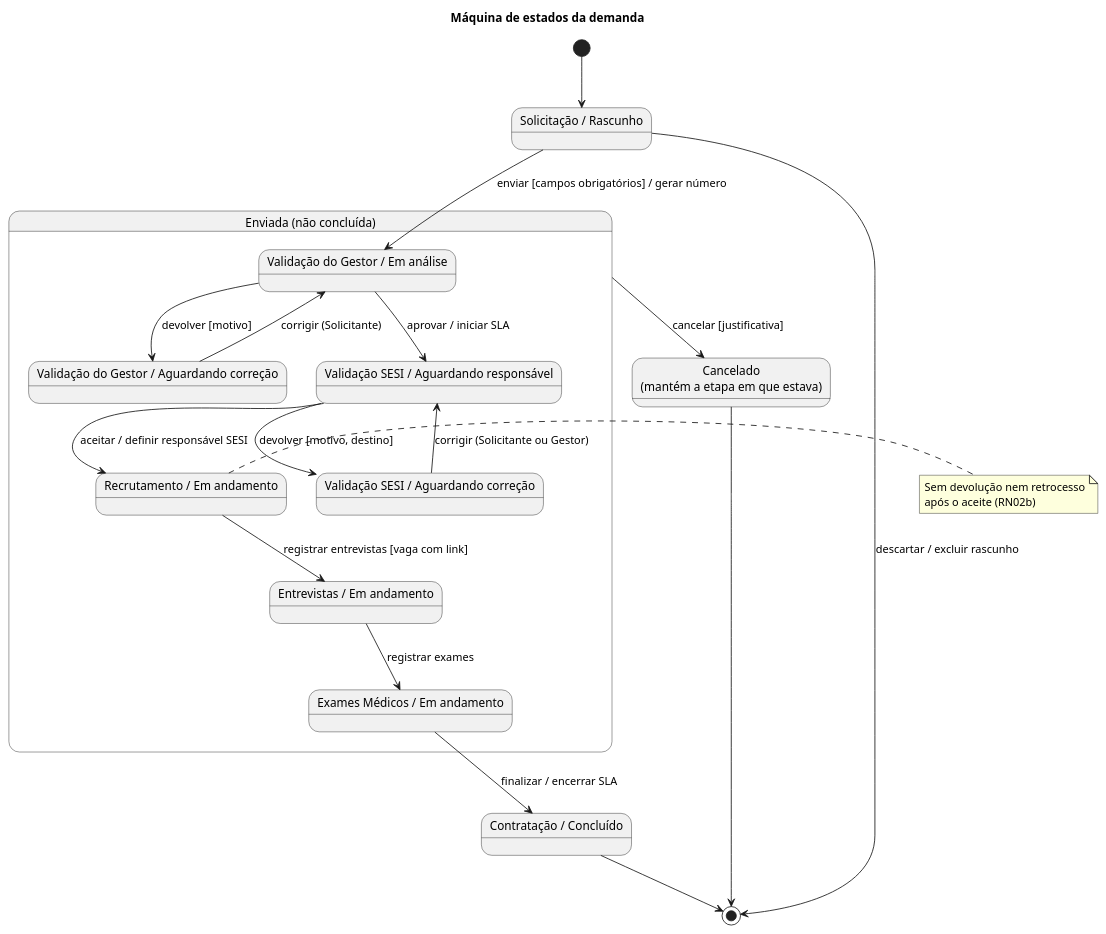
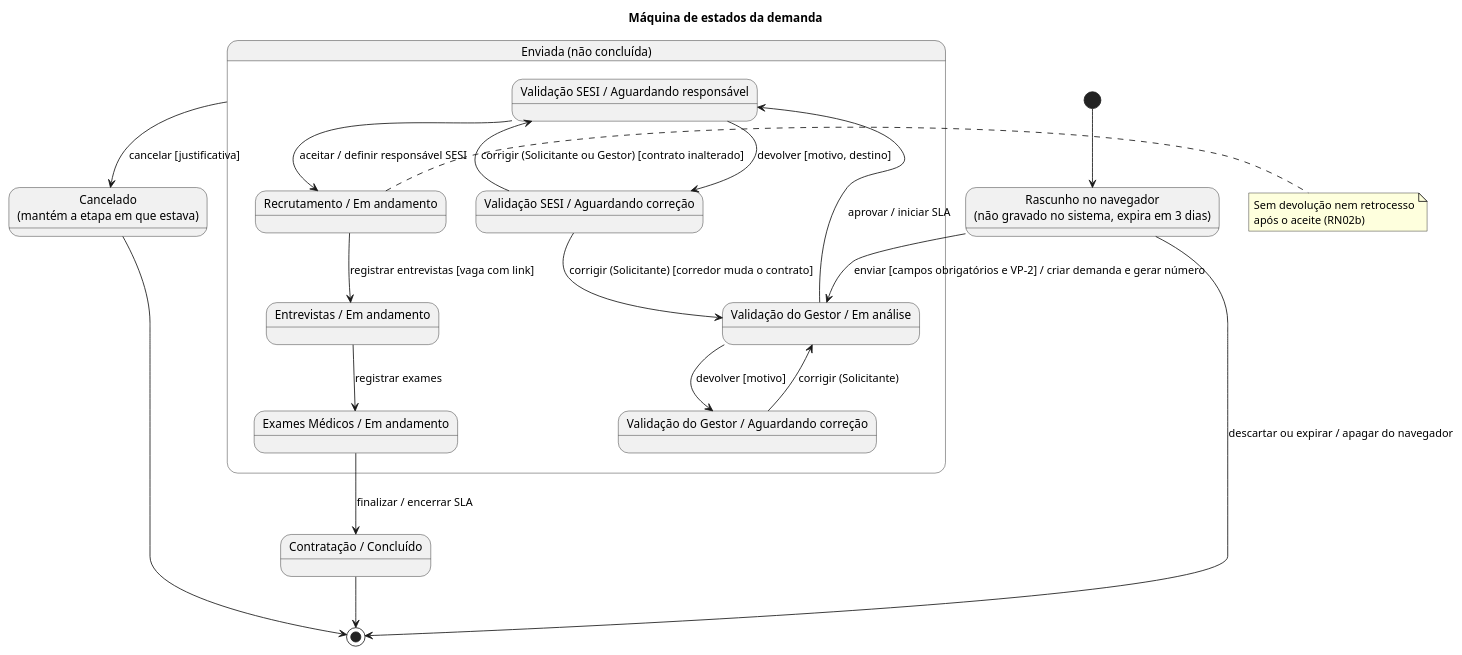
One commit to devrenanzin/tcc_app_solic_terceiros changed the third of 6 diagrams in docs/REQUISITOS_v3.1.md. Above: the diagram before and after it, drawn with PlantUML. The commit also changed other lines of this file and 2 other files, not shown here.

````diff
--- a/docs/REQUISITOS_v3.1.md
+++ b/docs/REQUISITOS_v3.1.md
@@ -1410,38 +1466,39 @@
 ```plantuml
 @startuml
 title Máquina de estados da demanda
 
-state "Solicitação / Rascunho" as Rascunho
+state "Rascunho no navegador\n(não gravado no sistema, expira em 3 dias)" as Rascunho
 state "Contratação / Concluído" as Concluido
 state "Cancelado\n(mantém a etapa em que estava)" as Cancelado
 
 state "Enviada (não concluída)" as Enviada {
   state "Validação do Gestor / Em análise" as VG
   state "Validação do Gestor / Aguardando correção" as VGC
   state "Validação SESI / Aguardando responsável" as VS
   state "Validação SESI / Aguardando correção" as VSC
   state "Recrutamento / Em andamento" as Rec
   state "Entrevistas / Em andamento" as Ent
   state "Exames Médicos / Em andamento" as Exa
 
   VG --> VGC : devolver [motivo]
   VGC --> VG : corrigir (Solicitante)
   VG --> VS : aprovar / iniciar SLA
   VS --> VSC : devolver [motivo, destino]
-  VSC --> VS : corrigir (Solicitante ou Gestor)
+  VSC --> VS : corrigir (Solicitante ou Gestor) [contrato inalterado]
+  VSC --> VG : corrigir (Solicitante) [corredor muda o contrato]
   VS --> Rec : aceitar / definir responsável SESI
   Rec --> Ent : registrar entrevistas [vaga com link]
   Ent --> Exa : registrar exames
 }
 
 [*] --> Rascunho
-Rascunho --> [*] : descartar / excluir rascunho
-Rascunho --> VG : enviar [campos obrigatórios] / gerar número
+Rascunho --> [*] : descartar ou expirar / apagar do navegador
+Rascunho --> VG : enviar [campos obrigatórios e VP-2] / criar demanda e gerar número
 Exa --> Concluido : finalizar / encerrar SLA
 Enviada --> Cancelado : cancelar [justificativa]
 Concluido --> [*]
 Cancelado --> [*]
 
 note right of Rec : Sem devolução nem retrocesso\napós o aceite (RN02b)
 @enduml
 ```
````
